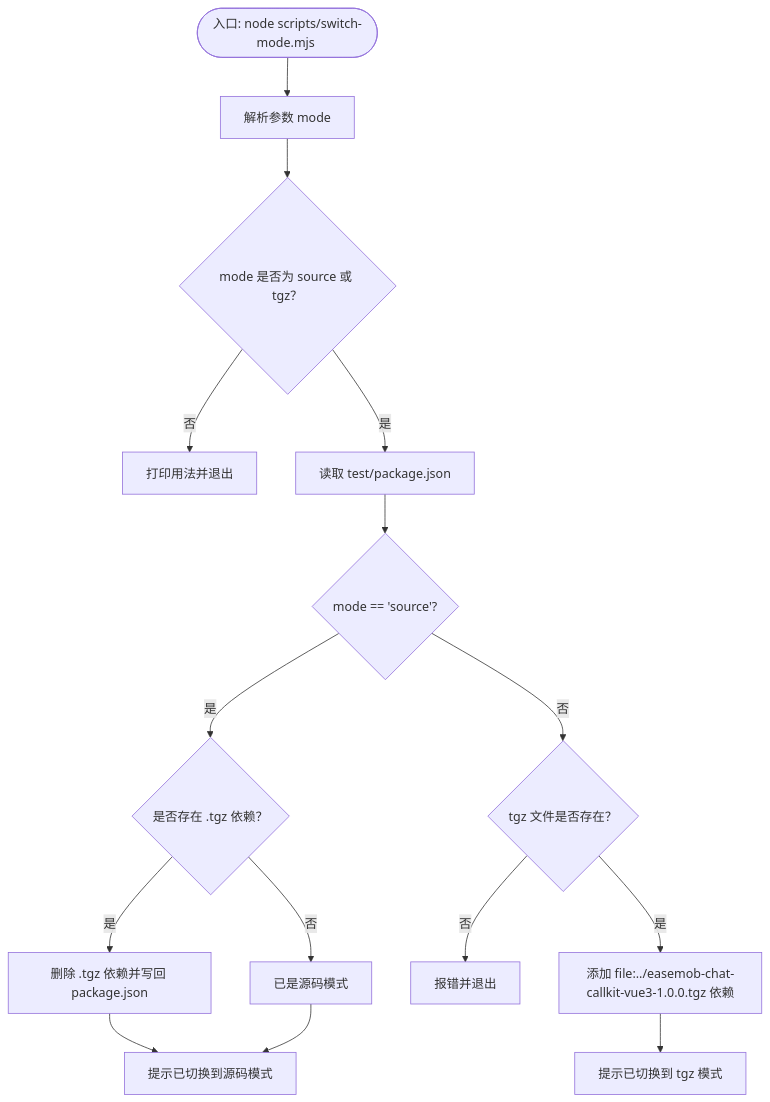
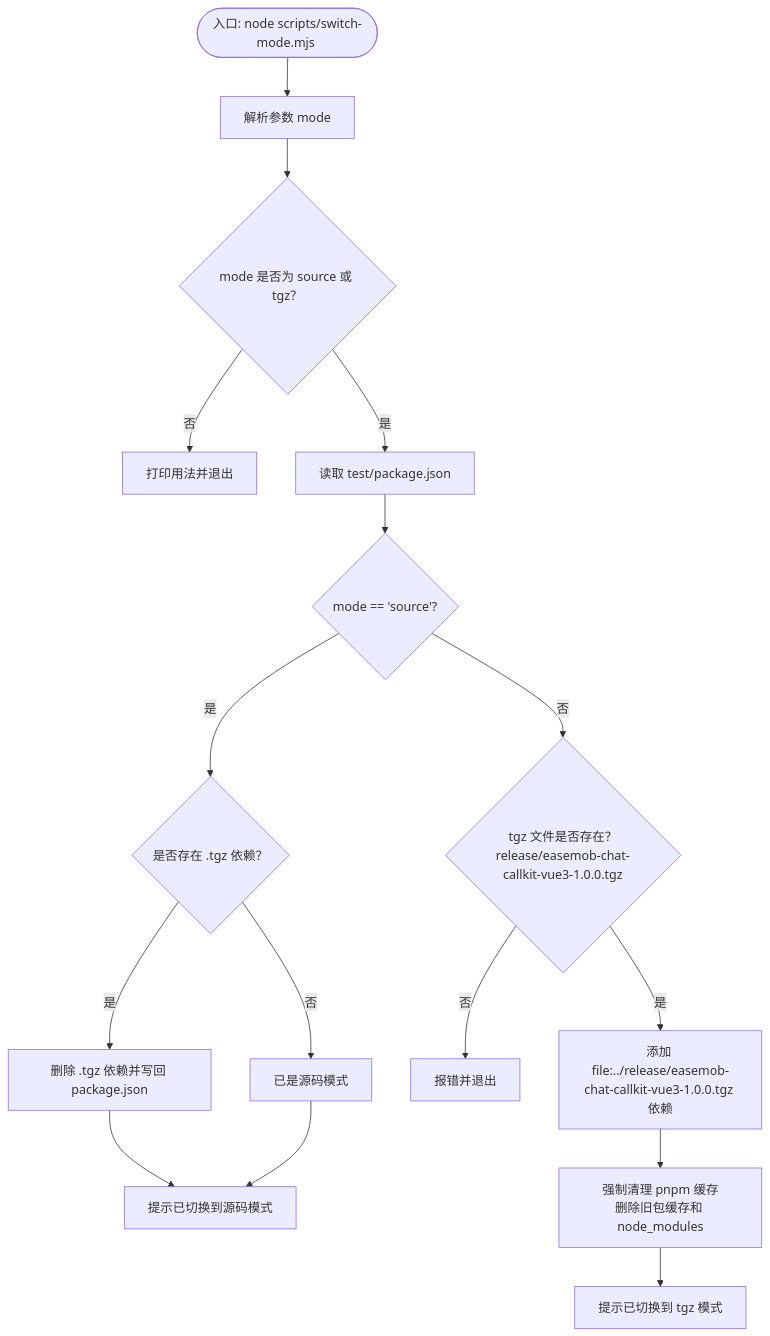
The fifth of 7 diagrams in .qoder/repowiki/zh/content/开发指南/测试指南.md (Easemob-Community/easemob-uikit-callkit-vue3), drawn with Mermaid before and after one commit. The commit also changed other lines of this file and 40 other files, not shown here.

````diff
--- a/.qoder/repowiki/zh/content/开发指南/测试指南.md
+++ b/.qoder/repowiki/zh/content/开发指南/测试指南.md
@@ -208,17 +231,18 @@
 ```mermaid
 flowchart TD
 S(["入口: node scripts/switch-mode.mjs <mode>"]) --> Parse["解析参数 mode"]
 Parse --> Valid{"mode 是否为 source 或 tgz？"}
 Valid --> |否| Usage["打印用法并退出"]
 Valid --> |是| ReadPkg["读取 test/package.json"]
 ReadPkg --> ModeSrc{"mode == 'source'?"}
 ModeSrc --> |是| HasTgz{"是否存在 .tgz 依赖？"}
 HasTgz --> |是| RemoveDep["删除 .tgz 依赖并写回 package.json"]
 HasTgz --> |否| AlreadySrc["已是源码模式"]
 RemoveDep --> Done1["提示已切换到源码模式"]
 AlreadySrc --> Done1
-ModeSrc --> |否| ExistsTgz{"tgz 文件是否存在？"}
+ModeSrc --> |否| ExistsTgz{"tgz 文件是否存在？<br/>release/easemob-chat-callkit-vue3-1.0.0.tgz"}
 ExistsTgz --> |否| Error["报错并退出"]
-ExistsTgz --> |是| AddDep2["添加 file:../easemob-chat-callkit-vue3-1.0.0.tgz 依赖"]
-AddDep2 --> Done2["提示已切换到 tgz 模式"]
+ExistsTgz --> |是| AddDep2["添加 file:../release/easemob-chat-callkit-vue3-1.0.0.tgz 依赖"]
+AddDep2 --> ClearCache["强制清理 pnpm 缓存<br/>删除旧包缓存和 node_modules"]
+ClearCache --> Done2["提示已切换到 tgz 模式"]
 ```
````
